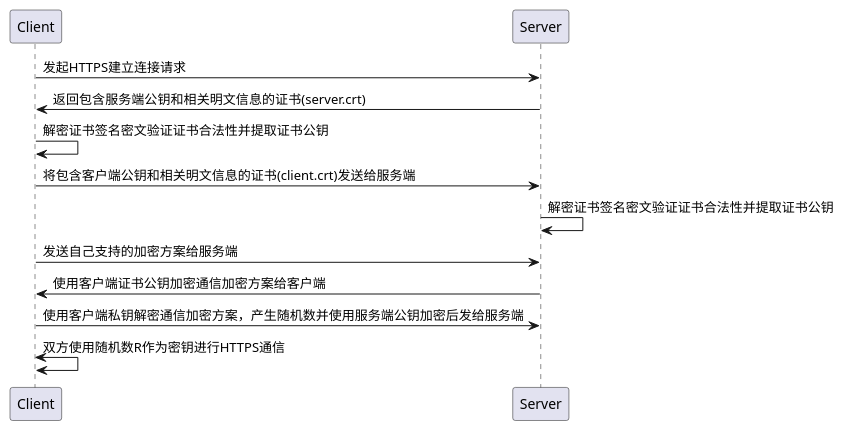
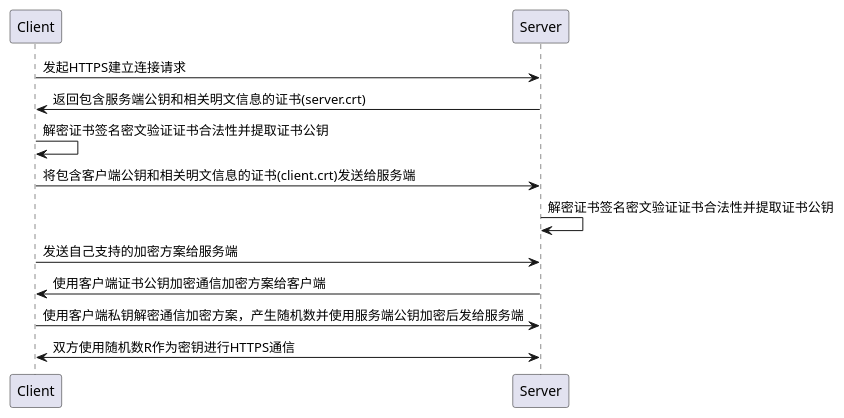
The diagram in _posts/2022-08-03-Kafka的SSL加密相关问题.md (LanXuage/LanXuage.github.io), drawn with PlantUML before and after one commit.

````diff
--- a/_posts/2022-08-03-Kafka的SSL加密相关问题.md
+++ b/_posts/2022-08-03-Kafka的SSL加密相关问题.md
@@ -28,11 +28,11 @@
 ```plantuml!
 Client -> Server : 发起HTTPS建立连接请求
 Server -> Client : 返回包含服务端公钥和相关明文信息的证书(server.crt)
 Client -> Client : 解密证书签名密文验证证书合法性并提取证书公钥
 Client -> Server : 将包含客户端公钥和相关明文信息的证书(client.crt)发送给服务端
 Server -> Server : 解密证书签名密文验证证书合法性并提取证书公钥
 Client -> Server : 发送自己支持的加密方案给服务端
 Server -> Client : 使用客户端证书公钥加密通信加密方案给客户端
 Client -> Server : 使用客户端私钥解密通信加密方案，产生随机数并使用服务端公钥加密后发给服务端
-Client <-> Client : 双方使用随机数R作为密钥进行HTTPS通信
+Client <-> Server : 双方使用随机数R作为密钥进行HTTPS通信
 ```
````
